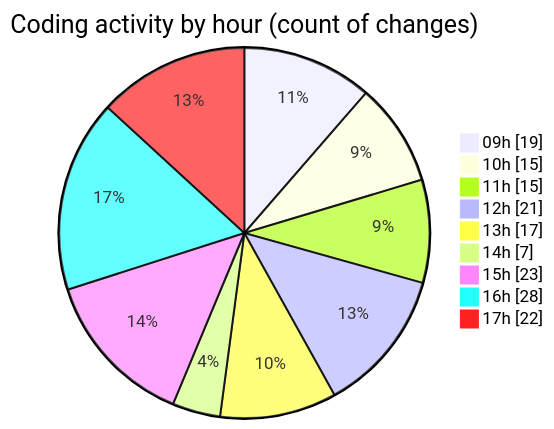
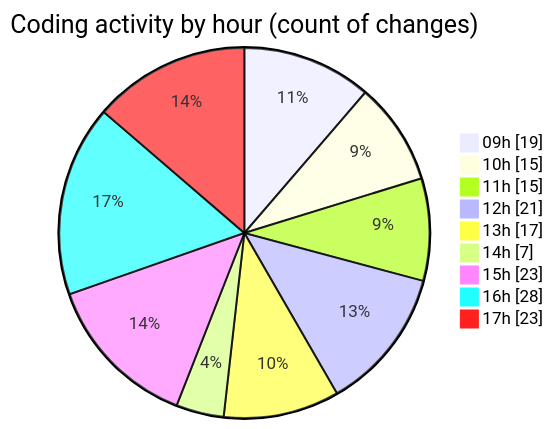
One commit to momahboobian/code-tracking changed the second of 2 diagrams in 2025-09-05/cda/README.md. Above: the diagram before and after it, drawn with Mermaid. The commit also changed other lines of this file and 1 other file, not shown here.

````diff
--- a/2025-09-05/cda/README.md
+++ b/2025-09-05/cda/README.md
@@ -37,13 +37,13 @@
 ```mermaid
 pie showData
 title Coding activity by hour (count of changes)
 "09h" : 19
 "10h" : 15
 "11h" : 15
 "12h" : 21
 "13h" : 17
 "14h" : 7
 "15h" : 23
 "16h" : 28
-"17h" : 22
+"17h" : 23
 ```
````
